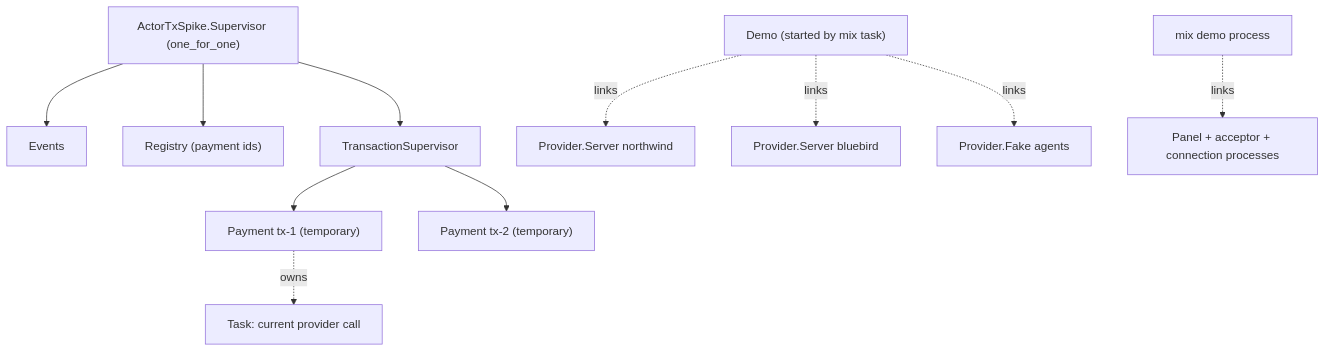
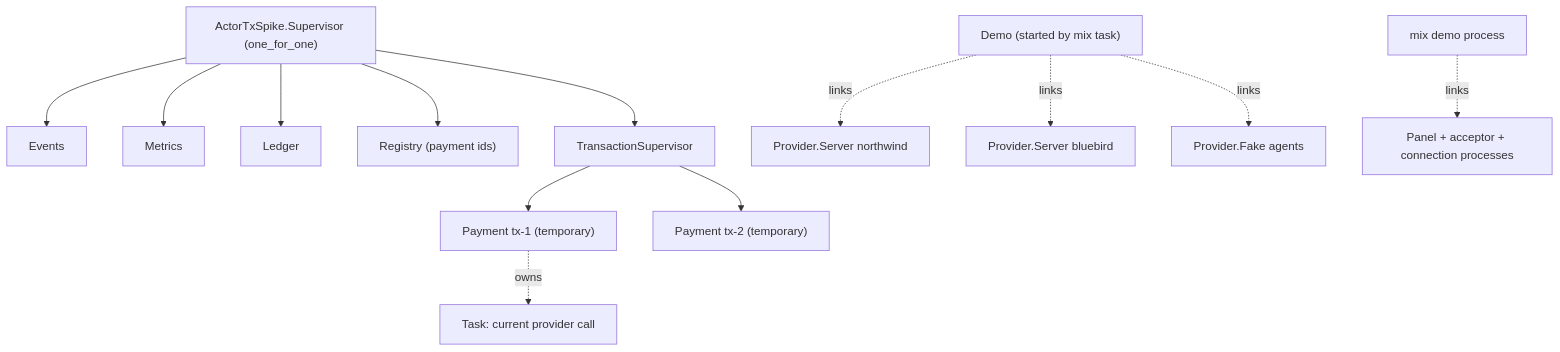
The second of 3 diagrams in docs/architecture/05-system-structure.md (robbrown-net/actor-tx-spike), drawn with Mermaid before and after one commit. The commit also changed other lines of this file and 15 other files, not shown here.

First line of the commit message:
docs: refresh architecture, ADR 0007, quality snapshot, story and report

````diff
--- a/docs/architecture/05-system-structure.md
+++ b/docs/architecture/05-system-structure.md
@@ -53,16 +62,18 @@
 ```mermaid
 flowchart TD
     APP["ActorTxSpike.Supervisor (one_for_one)"]
     APP --> EVS["Events"]
+    APP --> MET["Metrics"]
+    APP --> LED["Ledger"]
     APP --> REG["Registry (payment ids)"]
     APP --> TSUP["TransactionSupervisor"]
     TSUP --> P1["Payment tx-1 (temporary)"]
     TSUP --> P2["Payment tx-2 (temporary)"]
     P1 -. owns .-> T1["Task: current provider call"]
 
     DEMO["Demo (started by mix task)"]
     DEMO -. links .-> PS1["Provider.Server northwind"]
     DEMO -. links .-> PS2["Provider.Server bluebird"]
     DEMO -. links .-> F1["Provider.Fake agents"]
     MT["mix demo process"] -. links .-> PANEL["Panel + acceptor + connection processes"]
 ```
````
